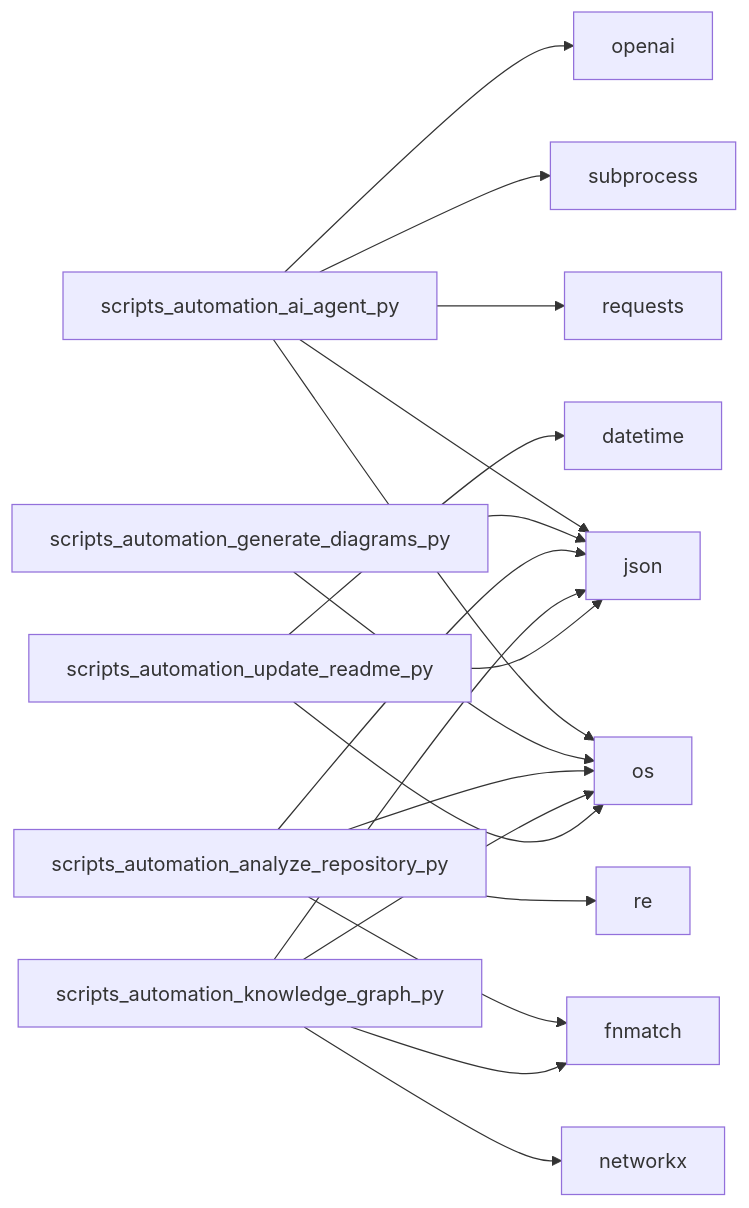
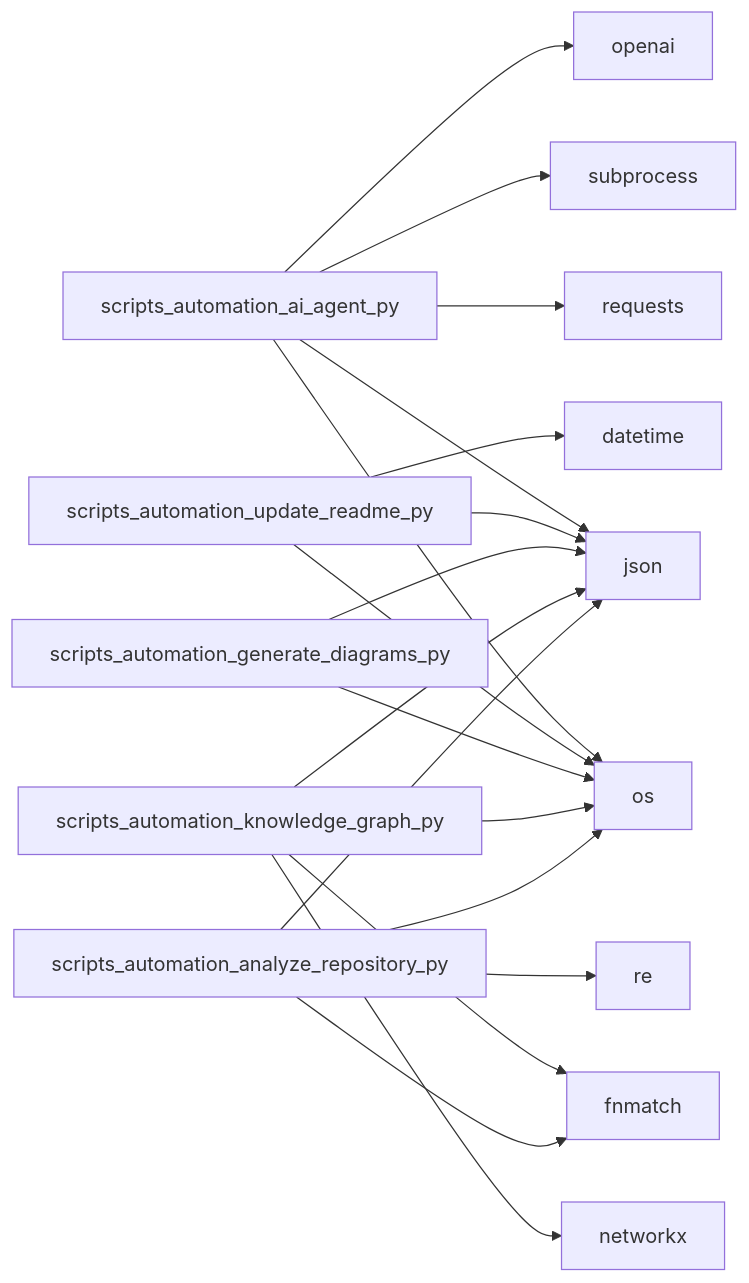
The second of 2 diagrams in README.md (NITISH-R-G/FUTURE_DS_01), drawn with Mermaid before and after one commit. The commit also changed other lines of this file and 3 other files, not shown here.

Commit message:
docs: auto-update repository state and diagrams [skip auto]

````diff
--- a/README.md
+++ b/README.md
@@ -39,21 +39,21 @@
 ```mermaid
 graph LR;
     scripts_automation_ai_agent_py --> os;
     scripts_automation_ai_agent_py --> requests;
     scripts_automation_ai_agent_py --> json;
     scripts_automation_ai_agent_py --> subprocess;
     scripts_automation_ai_agent_py --> openai;
+    scripts_automation_update_readme_py --> json;
+    scripts_automation_update_readme_py --> os;
+    scripts_automation_update_readme_py --> datetime;
     scripts_automation_generate_diagrams_py --> json;
     scripts_automation_generate_diagrams_py --> os;
+    scripts_automation_knowledge_graph_py --> os;
+    scripts_automation_knowledge_graph_py --> json;
+    scripts_automation_knowledge_graph_py --> networkx;
+    scripts_automation_knowledge_graph_py --> fnmatch;
     scripts_automation_analyze_repository_py --> os;
     scripts_automation_analyze_repository_py --> json;
     scripts_automation_analyze_repository_py --> fnmatch;
     scripts_automation_analyze_repository_py --> re;
-    scripts_automation_knowledge_graph_py --> os;
-    scripts_automation_knowledge_graph_py --> json;
-    scripts_automation_knowledge_graph_py --> networkx;
-    scripts_automation_knowledge_graph_py --> fnmatch;
-    scripts_automation_update_readme_py --> json;
-    scripts_automation_update_readme_py --> os;
-    scripts_automation_update_readme_py --> datetime;
 ```
````
